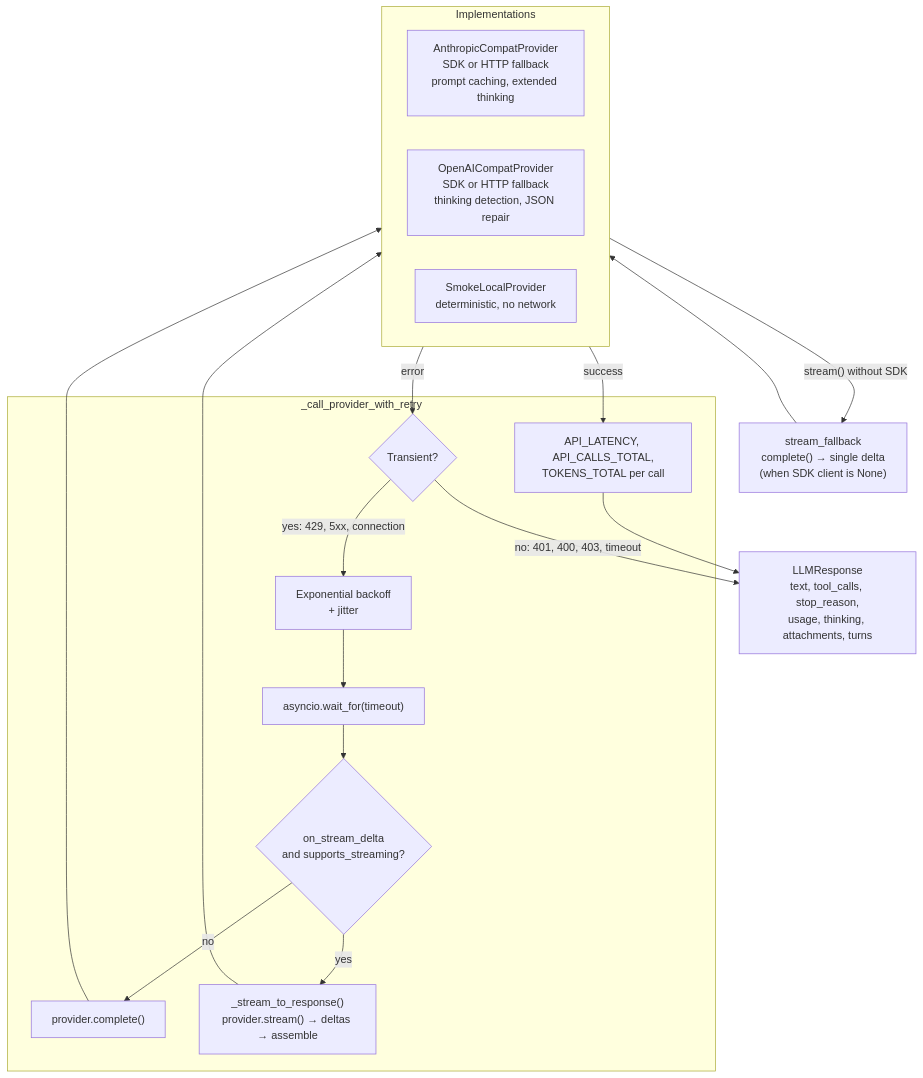
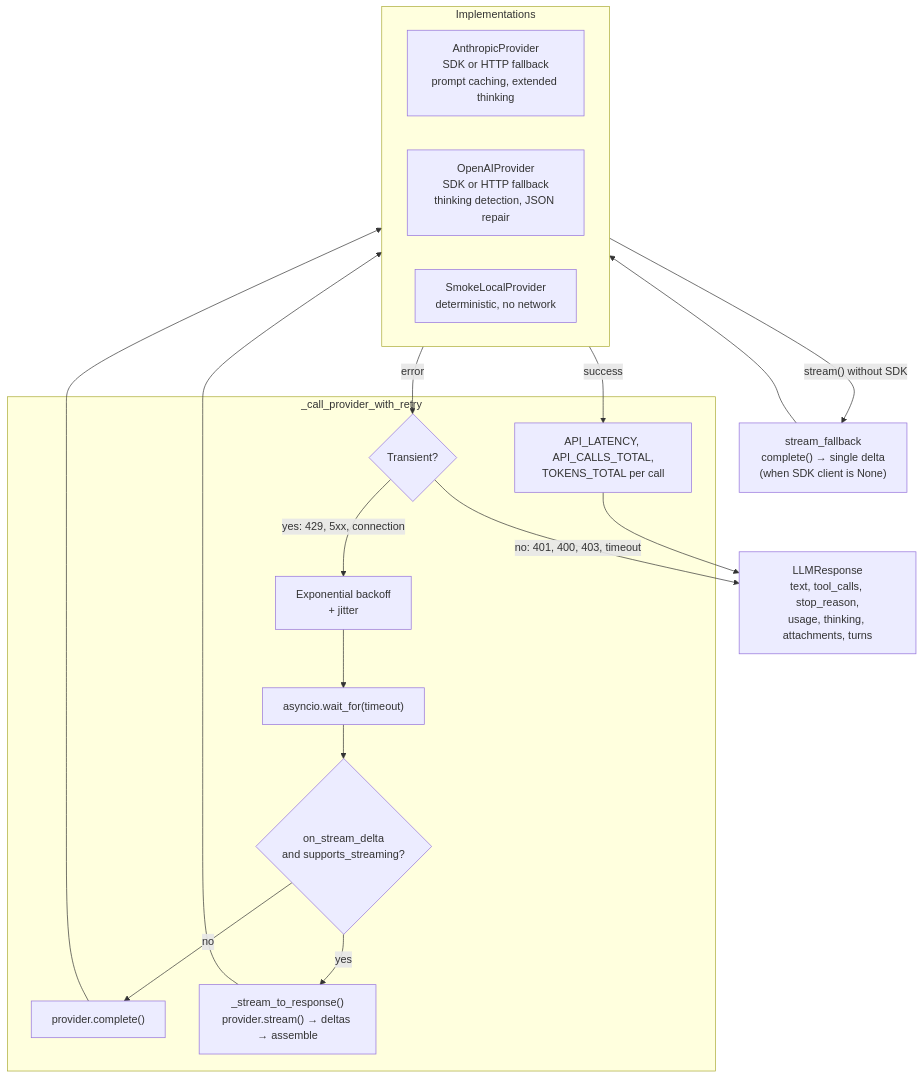
Before and after one commit to nicolasforstinger/lucyd: the fifth of 10 diagrams in docs/diagrams.md, drawn with Mermaid. The commit also changed other lines of this file and 21 other files, not shown here.

````diff
--- a/docs/diagrams.md
+++ b/docs/diagrams.md
@@ -338,31 +338,31 @@
 ```mermaid
 flowchart TD
     subgraph Retry["_call_provider_with_retry"]
         TIMEOUT["asyncio.wait_for(timeout)"]
         STREAM_Q{"on_stream_delta<br/>and supports_streaming?"}
         COMPLETE["provider.complete()"]
         STREAM_PATH["_stream_to_response()<br/>provider.stream() → deltas → assemble"]
         METRICS["API_LATENCY, API_CALLS_TOTAL,<br/>TOKENS_TOTAL per call"]
         ERR{"Transient?"}
         BACKOFF["Exponential backoff<br/>+ jitter"]
     end
 
     subgraph Providers["Implementations"]
-        ANTHROPIC["AnthropicCompatProvider<br/>SDK or HTTP fallback<br/>prompt caching, extended thinking"]
-        OPENAI["OpenAICompatProvider<br/>SDK or HTTP fallback<br/>thinking detection, JSON repair"]
+        ANTHROPIC["AnthropicProvider<br/>SDK or HTTP fallback<br/>prompt caching, extended thinking"]
+        OPENAI["OpenAIProvider<br/>SDK or HTTP fallback<br/>thinking detection, JSON repair"]
         SMOKE["SmokeLocalProvider<br/>deterministic, no network"]
     end
 
     FALLBACK["stream_fallback<br/>complete() → single delta<br/>(when SDK client is None)"]
 
     RESP["LLMResponse<br/>text, tool_calls, stop_reason,<br/>usage, thinking, attachments, turns"]
 
     TIMEOUT --> STREAM_Q
     STREAM_Q -->|yes| STREAM_PATH --> Providers
     STREAM_Q -->|no| COMPLETE --> Providers
     Providers -->|"stream() without SDK"| FALLBACK --> Providers
     Providers -->|success| METRICS --> RESP
     Providers -->|error| ERR
     ERR -->|"yes: 429, 5xx, connection"| BACKOFF --> TIMEOUT
     ERR -->|"no: 401, 400, 403, timeout"| RESP
 ```
````
